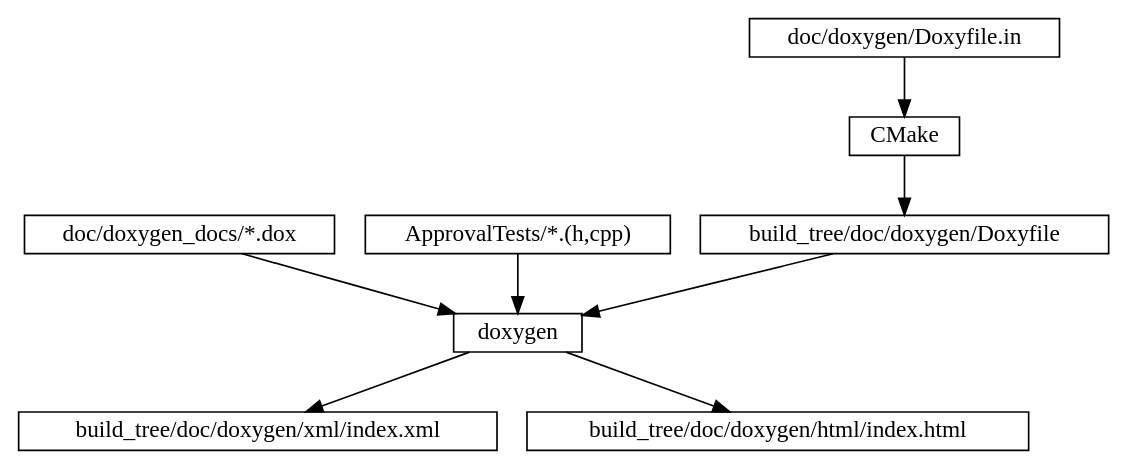
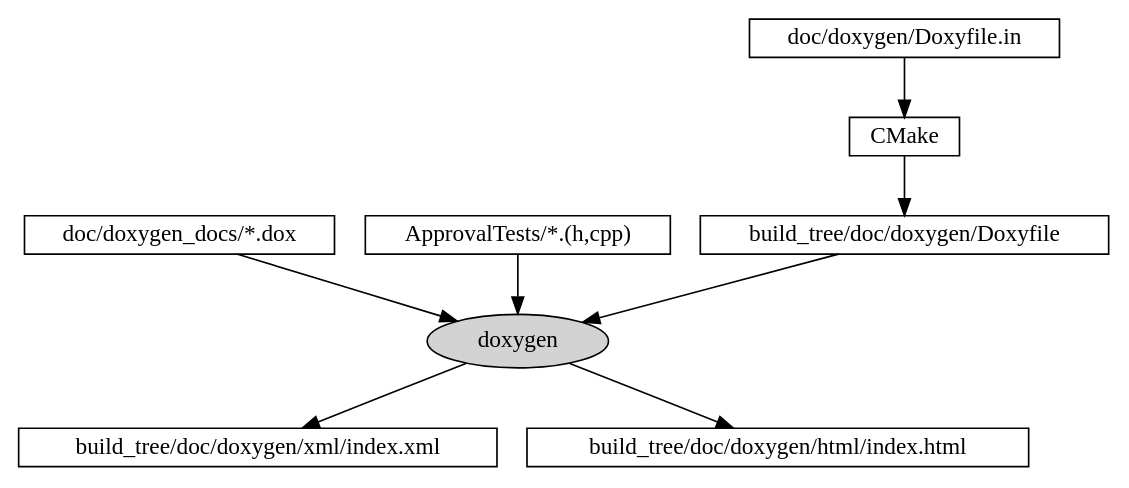
Before and after one commit to approvals/ApprovalTests.cpp: the diagram in doc/images/source/doxygen_flow.dot, drawn with Graphviz. The commit also changed 5 other files, not shown here.

Commit message:
d   Make commands stand out in diagrams

```diff
--- a/doc/images/source/doxygen_flow.dot
+++ b/doc/images/source/doxygen_flow.dot
@@ -1,27 +1,27 @@
 digraph doxygen_flow {
     rankdir = "TB"
     node [fontsize = 14, shape = box, height = 0.25]
     edge [fontsize = 14]
 
     "CMake"
 
     "Doxyfile.in" [label = "doc/doxygen/Doxyfile.in"]
     "Doxyfile.in" -> "CMake"
     "Doxyfile" [label = "build_tree/doc/doxygen/Doxyfile"]
     "CMake" -> "Doxyfile"
 
-    "doxygen"
+    "doxygen" [shape = oval, fillcolor = lightgray, style = filled]
 
     "doxygen_dox_files" [label = "doc/doxygen_docs/*.dox"]
     "doxygen_dox_files" -> "doxygen"
 
     "Doxyfile" -> "doxygen"
     "ApprovalTests" [label = "ApprovalTests/*.(h,cpp)"]
     "ApprovalTests" -> "doxygen"
 
     "index.xml" [label = "build_tree/doc/doxygen/xml/index.xml"]
     "doxygen" -> "index.xml"
 
     "index.html" [label = "build_tree/doc/doxygen/html/index.html"]
     "doxygen" -> "index.html"
 }
```
